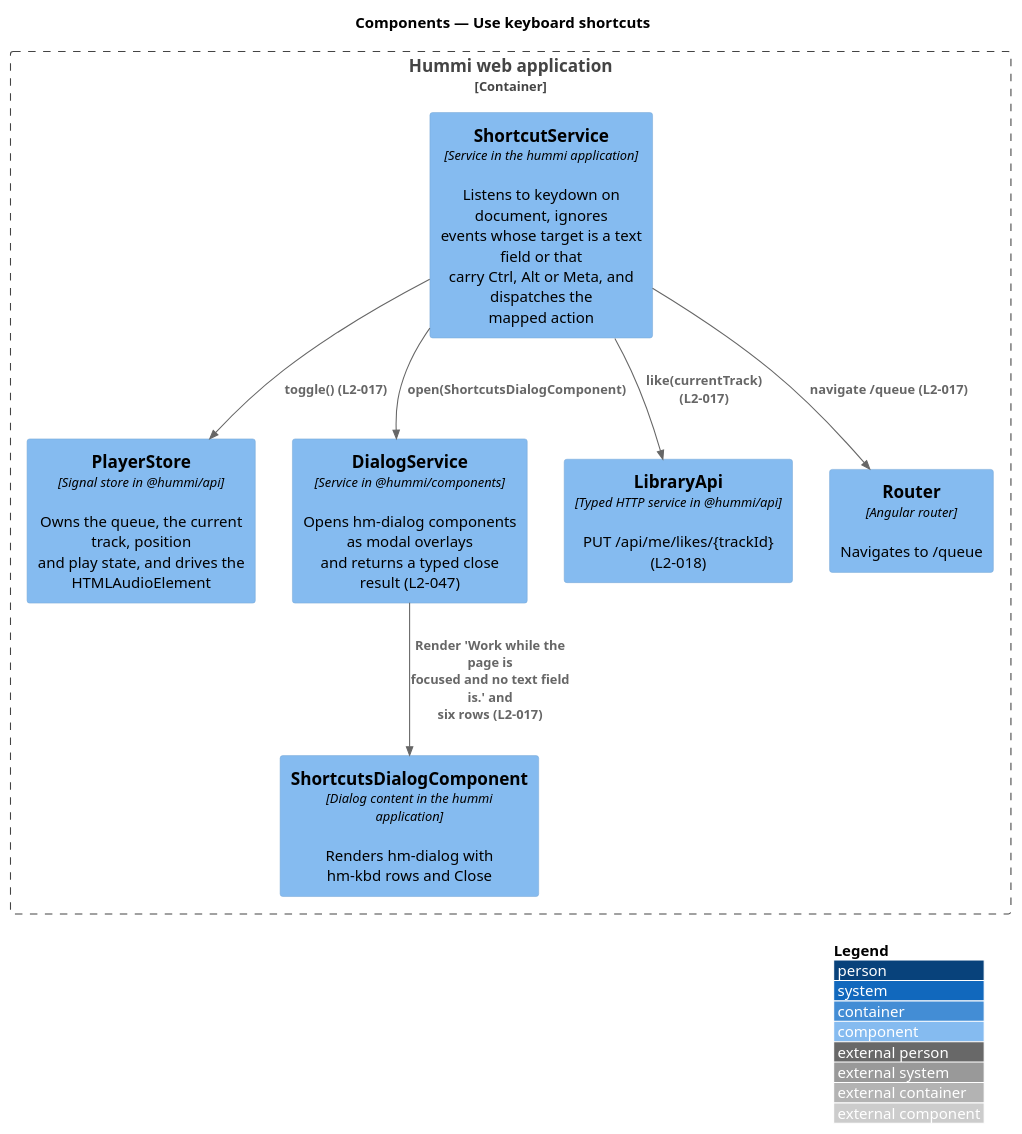
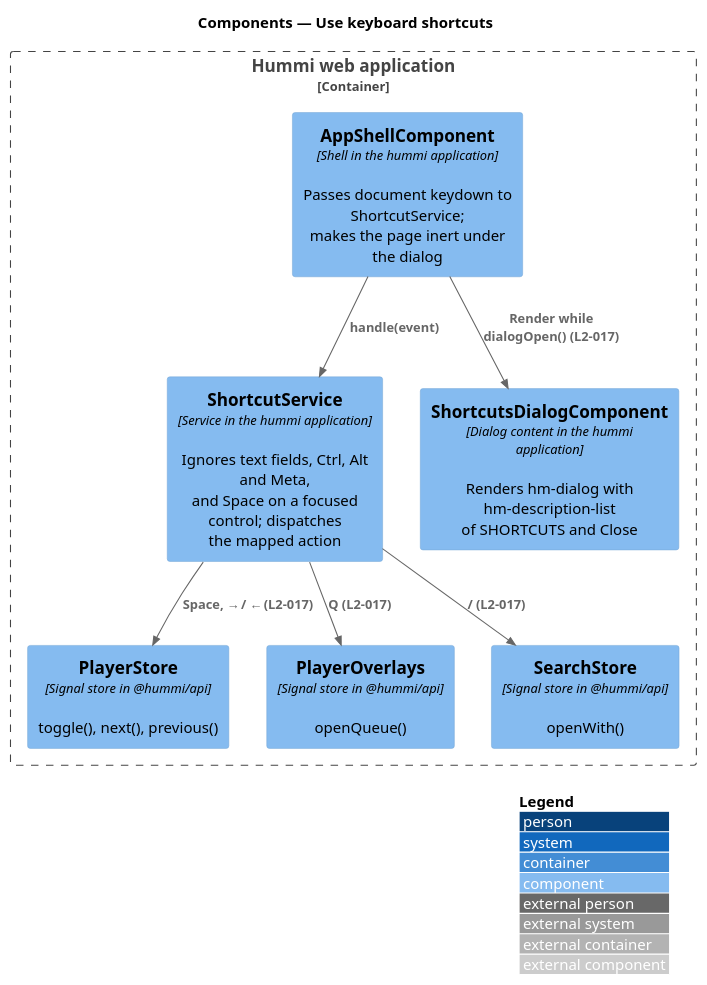
One commit to QuinntyneBrown/hummi changed the diagram in docs/detailed-designs/playback/keyboard-shortcuts/diagrams/c4-component.puml. Above: the diagram before and after it, drawn with PlantUML. The commit also changed 156 other files, not shown here.

First line of the commit message:
Control what plays next: Now playing, queue drawer, track menu and keyboard shortcuts

```diff
--- a/docs/detailed-designs/playback/keyboard-shortcuts/diagrams/c4-component.puml
+++ b/docs/detailed-designs/playback/keyboard-shortcuts/diagrams/c4-component.puml
@@ -1,19 +1,19 @@
 @startuml
 !include <C4/C4_Component>
 LAYOUT_WITH_LEGEND()
 title Components — Use keyboard shortcuts
 
 Container_Boundary(spa, "Hummi web application") {
-  Component(keys, "ShortcutService", "Service in the hummi application", "Listens to keydown on document, ignores\nevents whose target is a text field or that\ncarry Ctrl, Alt or Meta, and dispatches the\nmapped action")
-  Component(player, "PlayerStore", "Signal store in @hummi/api", "Owns the queue, the current track, position\nand play state, and drives the\nHTMLAudioElement")
-  Component(dialogs, "DialogService", "Service in @hummi/components", "Opens hm-dialog components as modal overlays\nand returns a typed close result (L2-047)")
-  Component(like, "LibraryApi", "Typed HTTP service in @hummi/api", "PUT /api/me/likes/{trackId} (L2-018)")
-  Component(router, "Router", "Angular router", "Navigates to /queue")
-  Component(dlg, "ShortcutsDialogComponent", "Dialog content in the hummi application", "Renders hm-dialog with hm-kbd rows and Close")
+  Component(shell, "AppShellComponent", "Shell in the hummi application", "Passes document keydown to ShortcutService;\nmakes the page inert under the dialog")
+  Component(keys, "ShortcutService", "Service in the hummi application", "Ignores text fields, Ctrl, Alt and Meta,\nand Space on a focused control; dispatches\nthe mapped action")
+  Component(player, "PlayerStore", "Signal store in @hummi/api", "toggle(), next(), previous()")
+  Component(overlays, "PlayerOverlays", "Signal store in @hummi/api", "openQueue()")
+  Component(search, "SearchStore", "Signal store in @hummi/api", "openWith()")
+  Component(dlg, "ShortcutsDialogComponent", "Dialog content in the hummi application", "Renders hm-dialog with hm-description-list\nof SHORTCUTS and Close")
 }
-Rel(keys, player, "toggle() (L2-017)")
-Rel(keys, like, "like(currentTrack) (L2-017)")
-Rel(keys, router, "navigate /queue (L2-017)")
-Rel(keys, dialogs, "open(ShortcutsDialogComponent)")
-Rel(dialogs, dlg, "Render 'Work while the page is\nfocused and no text field is.' and\nsix rows (L2-017)")
+Rel(shell, keys, "handle(event)")
+Rel(keys, player, "Space, → / ← (L2-017)")
+Rel(keys, overlays, "Q (L2-017)")
+Rel(keys, search, "/ (L2-017)")
+Rel(shell, dlg, "Render while dialogOpen() (L2-017)")
 @enduml
```
